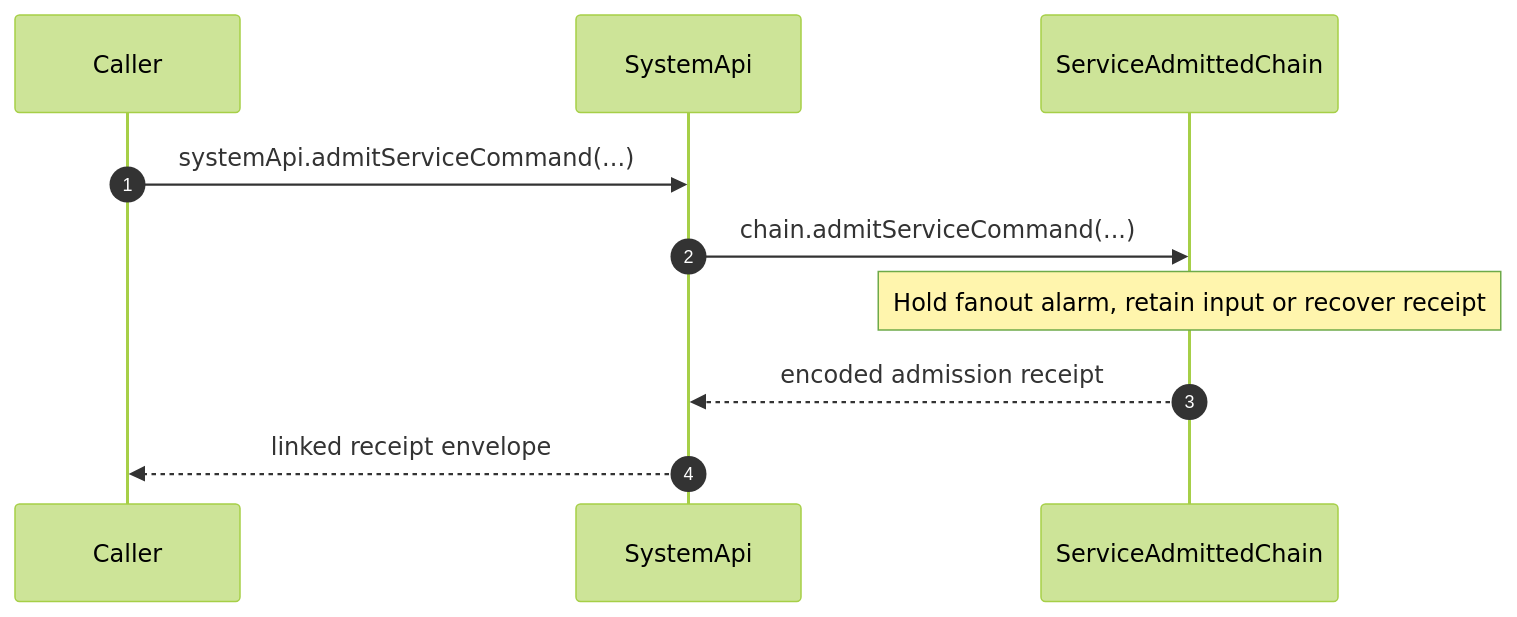
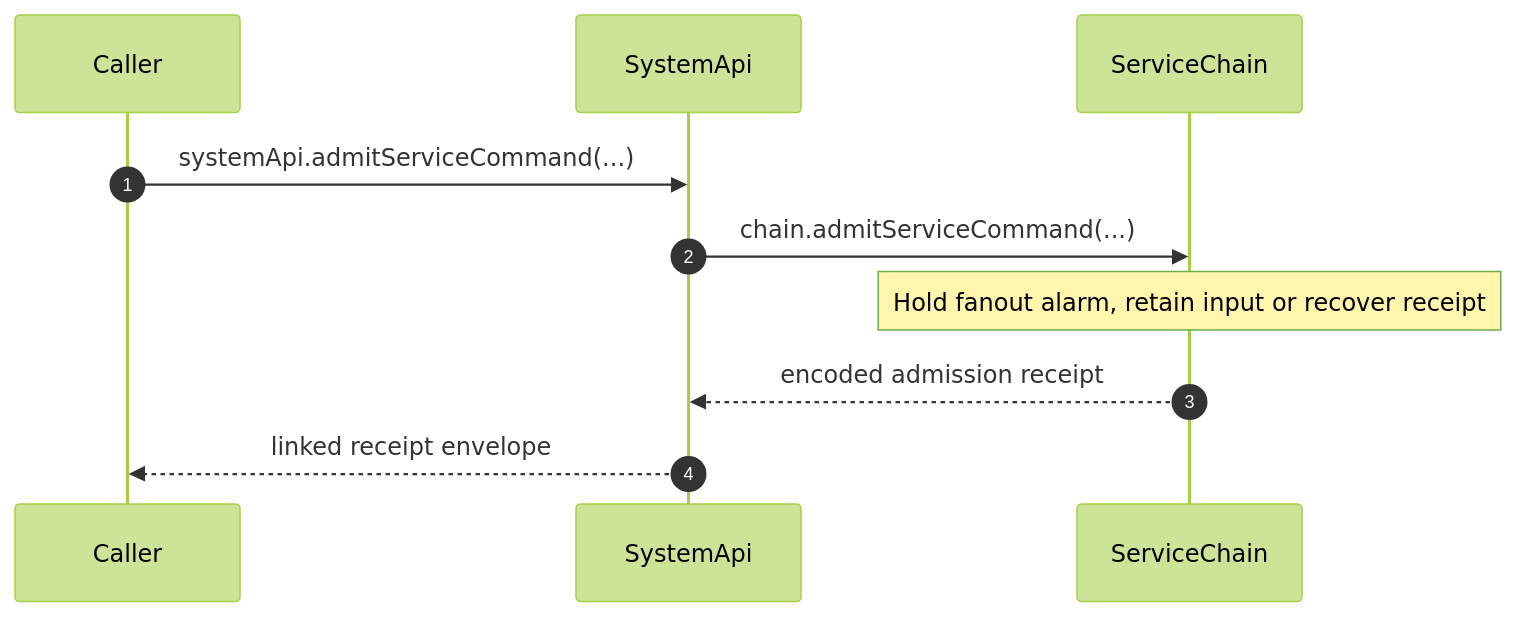
Before and after one commit to morgs32/qrk.sh: the diagram in wiki/architecture/server/admitServiceCommand.md, drawn with Mermaid (forest theme). The commit also changed other lines of this file and 1714 other files, not shown here.

````diff
--- a/wiki/architecture/server/admitServiceCommand.md
+++ b/wiki/architecture/server/admitServiceCommand.md
@@ -17,15 +21,15 @@
 ```mermaid
 sequenceDiagram
   participant Caller
   participant SystemApi
-  participant ServiceAdmittedChain
+  participant ServiceChain
   autonumber 1
   Caller->>SystemApi: systemApi.admitServiceCommand(...)
   autonumber 2
-  SystemApi->>ServiceAdmittedChain: chain.admitServiceCommand(...)
-  Note over ServiceAdmittedChain: Hold fanout alarm, retain input or recover receipt
+  SystemApi->>ServiceChain: chain.admitServiceCommand(...)
+  Note over ServiceChain: Hold fanout alarm, retain input or recover receipt
   autonumber 3
-  ServiceAdmittedChain-->>SystemApi: encoded admission receipt
+  ServiceChain-->>SystemApi: encoded admission receipt
   autonumber 4
   SystemApi-->>Caller: linked receipt envelope
 ```
````
